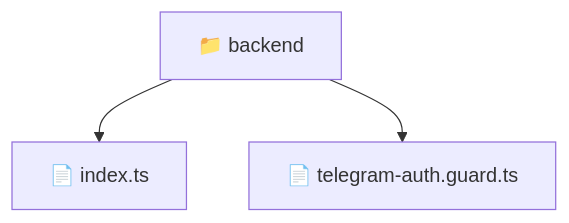
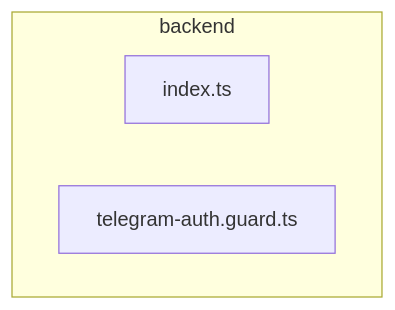
One commit to beginwebdev2002/fullstack-mavluda changed the diagram in frontend/src/backend/README.md. Above: the diagram before and after it, drawn with Mermaid. The commit also changed other lines of this file and 163 other files, not shown here.

````diff
--- a/frontend/src/backend/README.md
+++ b/frontend/src/backend/README.md
@@ -9,6 +15,7 @@
 ```mermaid
 graph TD
-  Root["📁 backend"]
-  Root --> index_ts["📄 index.ts"]
-  Root --> telegram_auth_guard_ts["📄 telegram-auth.guard.ts"]
+  subgraph backend
+    index_ts["index.ts"]
+    telegram_auth_guard_ts["telegram-auth.guard.ts"]
+  end
 ```
````
